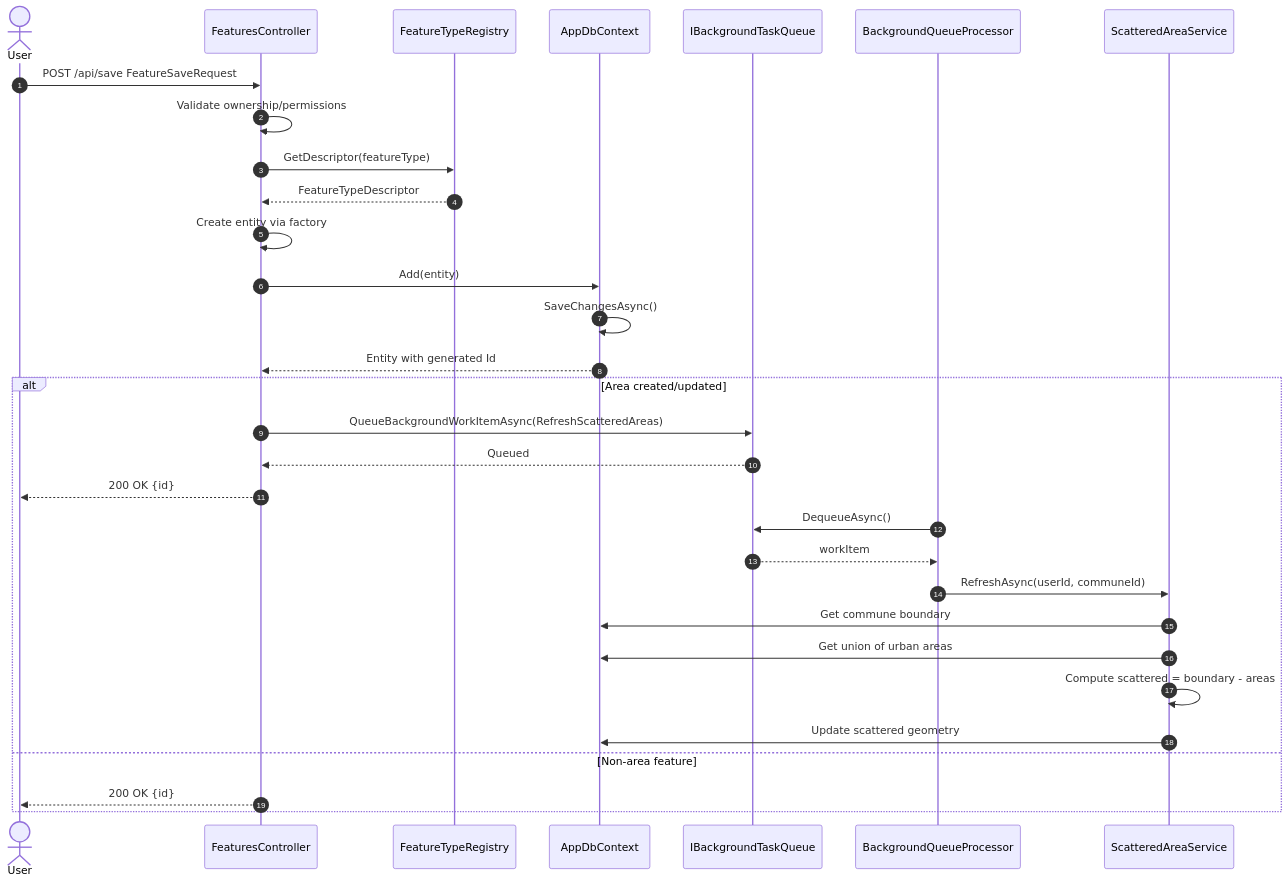
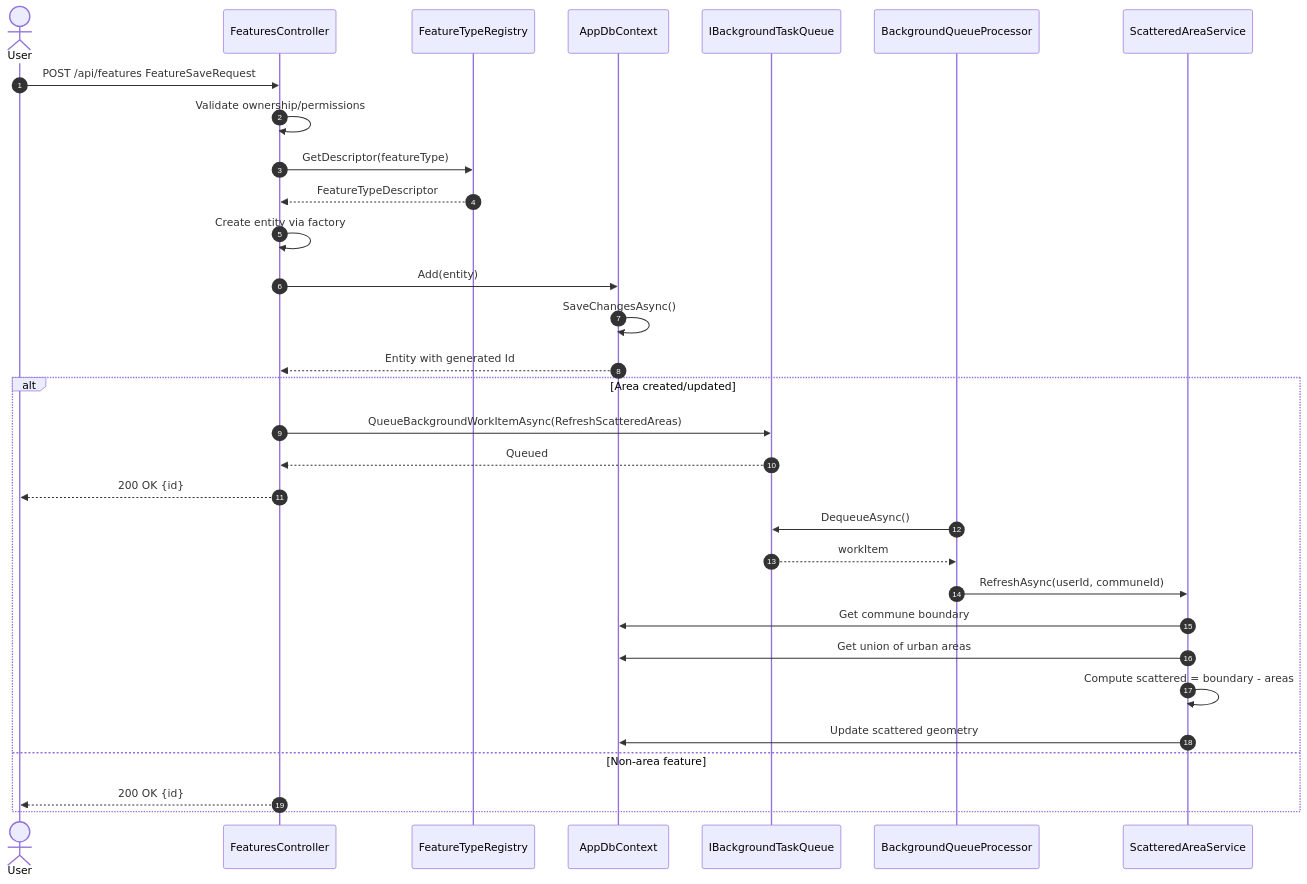
One commit to Zuhir-Benslama/NARS changed the second of 5 diagrams in docs/uml/nars-sequence-diagram.md. Above: the diagram before and after it, drawn with Mermaid. The commit also changed other lines of this file and 2 other files, not shown here.

Commit message:
docs(uml): fix stale feature routes in sequence diagrams
Replace /api/save, /api/load, /api/update/{id}, /api/delete/{id} with the
real FeaturesController routes (/api/features, /api/features/{id}) in
nars-sequence-diagram.md and nars-vite-sequence-diagram.md. All /api/*
references in docs/uml/ now match the API; all diagrams render with zero
mermaid syntax errors. Records round 7.1 in nars-infra/TODO.md.

````diff
--- a/docs/uml/nars-sequence-diagram.md
+++ b/docs/uml/nars-sequence-diagram.md
@@ -42,38 +42,38 @@
 ```mermaid
 sequenceDiagram
     autonumber
     actor User
     participant FeaturesController
     participant FeatureTypeRegistry
     participant AppDbContext
     participant IBackgroundTaskQueue
     participant BackgroundQueueProcessor
     participant ScatteredAreaService
 
-    User->>FeaturesController: POST /api/save FeatureSaveRequest
+    User->>FeaturesController: POST /api/features FeatureSaveRequest
     FeaturesController->>FeaturesController: Validate ownership/permissions
 
     FeaturesController->>FeatureTypeRegistry: GetDescriptor(featureType)
     FeatureTypeRegistry-->>FeaturesController: FeatureTypeDescriptor
 
     FeaturesController->>FeaturesController: Create entity via factory
     FeaturesController->>AppDbContext: Add(entity)
     AppDbContext->>AppDbContext: SaveChangesAsync()
     AppDbContext-->>FeaturesController: Entity with generated Id
 
     alt Area created/updated
         FeaturesController->>IBackgroundTaskQueue: QueueBackgroundWorkItemAsync(RefreshScatteredAreas)
         IBackgroundTaskQueue-->>FeaturesController: Queued
         FeaturesController-->>User: 200 OK {id}
 
         BackgroundQueueProcessor->>IBackgroundTaskQueue: DequeueAsync()
         IBackgroundTaskQueue-->>BackgroundQueueProcessor: workItem
         BackgroundQueueProcessor->>ScatteredAreaService: RefreshAsync(userId, communeId)
         ScatteredAreaService->>AppDbContext: Get commune boundary
         ScatteredAreaService->>AppDbContext: Get union of urban areas
         ScatteredAreaService->>ScatteredAreaService: Compute scattered = boundary - areas
         ScatteredAreaService->>AppDbContext: Update scattered geometry
     else Non-area feature
         FeaturesController-->>User: 200 OK {id}
     end
 ```
````
